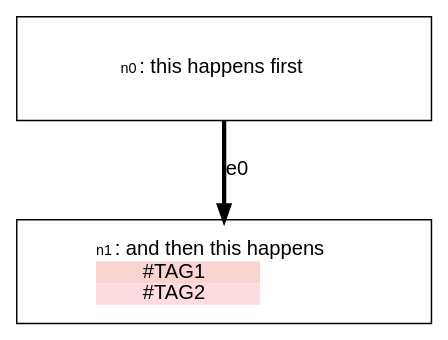
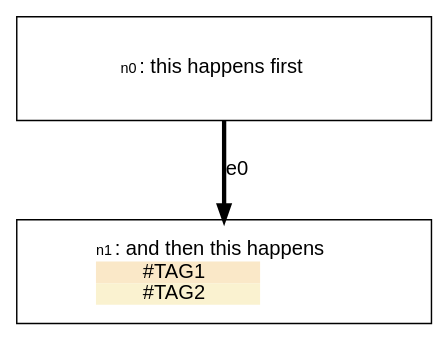
The diagram in examples/readme_example_1.dot (stevecooperorg/microdot), drawn with Graphviz before and after one commit. The commit also changed 10 other files, not shown here.

```diff
--- a/examples/readme_example_1.dot
+++ b/examples/readme_example_1.dot
@@ -1,34 +1,34 @@
 digraph {
 
     graph [fontname = "helvetica" rankdir="TB" ranksep=0.75 nodesep=0.5];
     node [fontname = "helvetica" shape = "box" width=2.5 style=filled];
     edge [fontname = "helvetica" penwidth=3 color="#000000"];
 
     n0 [width=4 height=1 label=< <TABLE BORDER="0" CELLPADDING="0" CELLSPACING="0">
     <TR>
         <TD COLSPAN="1"><FONT POINT-SIZE="10">n0</FONT>: this happens first</TD>
     </TR>
     
    </TABLE>
 > fillcolor="#FFFFFF"]
     n1 [width=4 height=1 label=< <TABLE BORDER="0" CELLPADDING="0" CELLSPACING="0">
     <TR>
         <TD COLSPAN="2"><FONT POINT-SIZE="10">n1</FONT>: and then this happens</TD>
     </TR>
     
         
            <TR>
-<TD BGCOLOR="#F9D4D0"><FONT COLOR="#000000">#TAG1</FONT></TD>
+<TD BGCOLOR="#FAE8C8"><FONT COLOR="#000000">#TAG1</FONT></TD>
 </TR>
         
            <TR>
-<TD BGCOLOR="#FCDBE1"><FONT COLOR="#000000">#TAG2</FONT></TD>
+<TD BGCOLOR="#FAF2D0"><FONT COLOR="#000000">#TAG2</FONT></TD>
 </TR>
         
     
    </TABLE>
 > fillcolor="#FFFFFF"]
 
     "n0" -> "n1" [label="e0"];
 
 }
```
